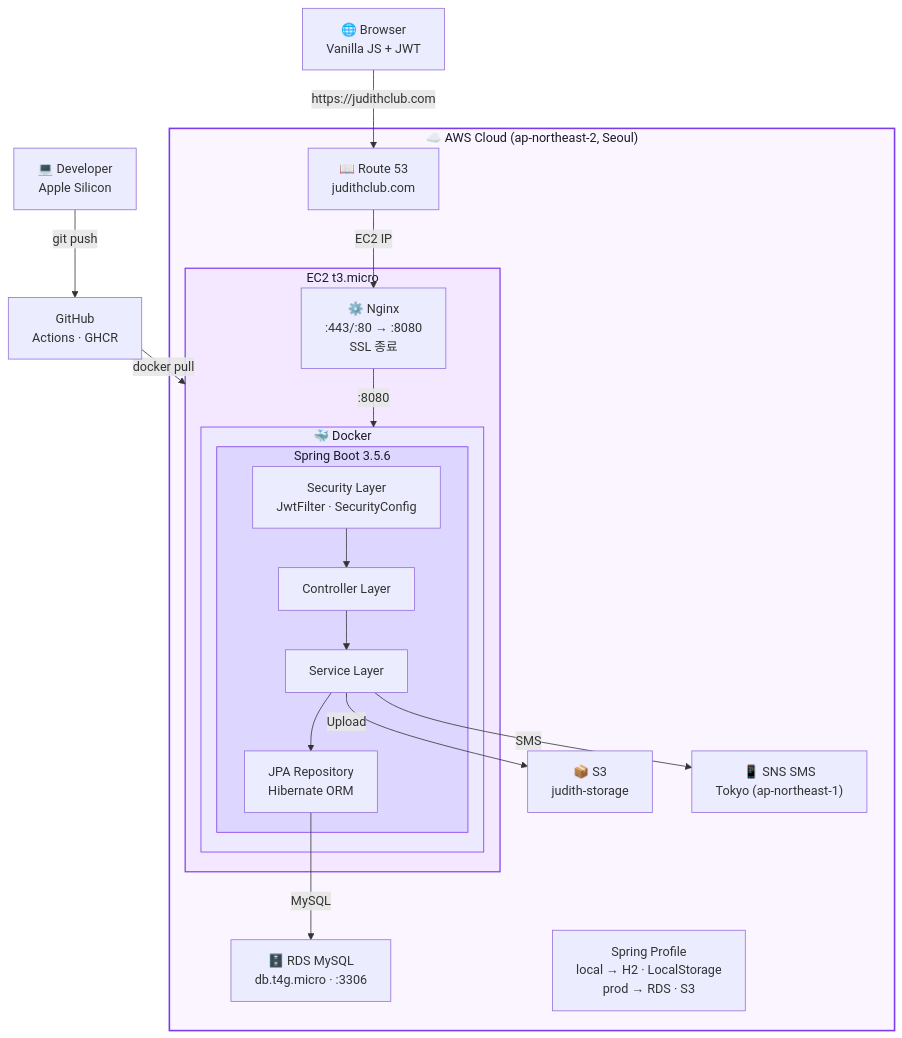
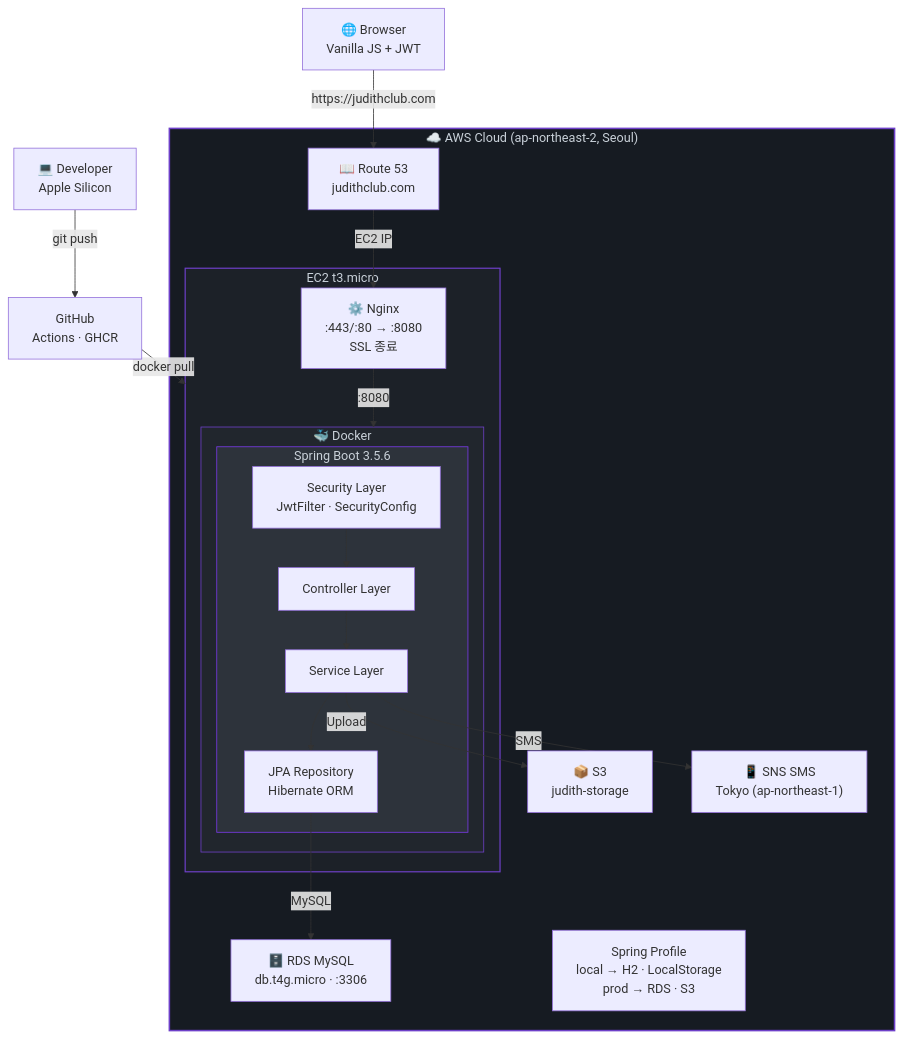
One commit to Preta3418/Judith changed the first of 4 diagrams in README.md. Above: the diagram before and after it, drawn with Mermaid.

Commit message:
style: update README Mermaid subgraph colors to GitHub dark mode palette

````diff
--- a/README.md
+++ b/README.md
@@ -29,42 +29,42 @@
 ```mermaid
 graph TB
     Browser["🌐 Browser\nVanilla JS + JWT"]
     Dev["💻 Developer\nApple Silicon"]
     GitHub["GitHub\nActions · GHCR"]
     Route53["📖 Route 53\njudithclub.com"]
 
     Browser -->|"https://judithclub.com"| Route53
     Dev -->|"git push"| GitHub
     GitHub -->|"docker pull"| EC2
 
     subgraph AWS ["☁️ AWS Cloud (ap-northeast-2, Seoul)"]
         Route53 -->|"EC2 IP"| Nginx
         subgraph EC2 ["EC2 t3.micro"]
             Nginx["⚙️ Nginx\n:443/:80 → :8080\nSSL 종료"]
             subgraph Docker ["🐳 Docker"]
                 subgraph Spring ["Spring Boot 3.5.6"]
                     SEC["Security Layer\nJwtFilter · SecurityConfig"]
                     CTR["Controller Layer"]
                     SVC["Service Layer"]
                     REPO["JPA Repository\nHibernate ORM"]
                     SEC --> CTR --> SVC --> REPO
                 end
             end
         end
 
         RDS["🗄️ RDS MySQL\ndb.t4g.micro · :3306"]
         S3["📦 S3\njudith-storage"]
         SNS["📱 SNS SMS\nTokyo (ap-northeast-1)"]
         PROFILE["Spring Profile\nlocal → H2 · LocalStorage\nprod  → RDS · S3"]
         Nginx -->|":8080"| Docker
     end
 
     REPO -->|MySQL| RDS
     SVC -->|Upload| S3
     SVC -->|SMS| SNS
 
-    style AWS fill:#faf5ff,stroke:#7c3aed,stroke-width:2px,color:#1a1a2e
-    style EC2 fill:#f3e8ff,stroke:#7c3aed,stroke-width:1.5px,color:#1a1a2e
-    style Docker fill:#ede9fe,stroke:#7c3aed,stroke-width:1px,color:#1a1a2e
-    style Spring fill:#ddd6fe,stroke:#7c3aed,stroke-width:1px,color:#1a1a2e
+    style AWS fill:#161b22,stroke:#6e40c9,stroke-width:2px,color:#c9d1d9
+    style EC2 fill:#1c2128,stroke:#6e40c9,stroke-width:1.5px,color:#c9d1d9
+    style Docker fill:#21262d,stroke:#6e40c9,stroke-width:1px,color:#c9d1d9
+    style Spring fill:#2d333b,stroke:#7c3aed,stroke-width:1px,color:#c9d1d9
 ```
````
